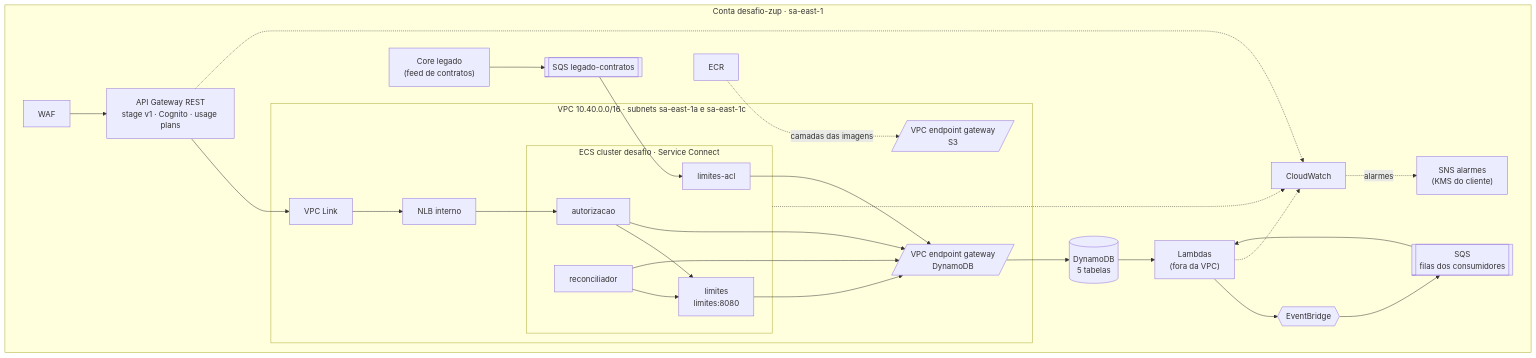
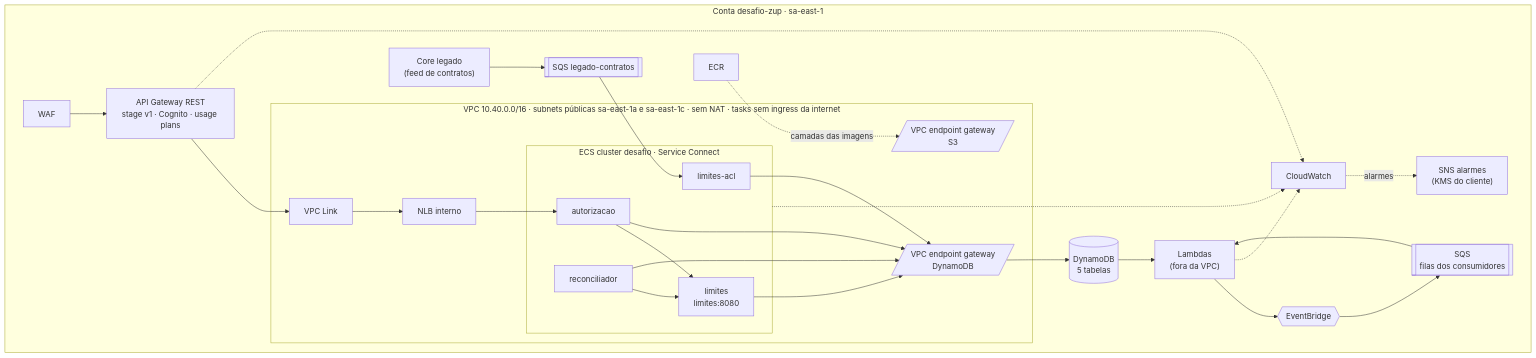
Before and after one commit to giovanedms/desafio-zup: the diagram in docs/arquitetura/diagramas/05-implantacao-aws.mmd, drawn with Mermaid. The commit also changed 25 other files, not shown here.

First line of the commit message:
Revisão final da banca: diagrama de sequência, inventário recontado e citações dentro do ZIP

```diff
--- a/docs/arquitetura/diagramas/05-implantacao-aws.mmd
+++ b/docs/arquitetura/diagramas/05-implantacao-aws.mmd
@@ -1,44 +1,44 @@
 flowchart TB
   subgraph ACC["Conta desafio-zup · sa-east-1"]
     WAF[WAF] --> GW["API Gateway REST<br/>stage v1 · Cognito · usage plans"]
-    subgraph VPC["VPC 10.40.0.0/16 · subnets sa-east-1a e sa-east-1c"]
+    subgraph VPC["VPC 10.40.0.0/16 · subnets públicas sa-east-1a e sa-east-1c · sem NAT · tasks sem ingress da internet"]
       VPCL[VPC Link] --> NLB[NLB interno]
       subgraph ECS["ECS cluster desafio · Service Connect"]
         AUT[autorizacao]
         LIMS["limites<br/>limites:8080"]
         ACL[limites-acl]
         REC[reconciliador]
       end
       EPD[/"VPC endpoint gateway<br/>DynamoDB"/]
       EPS[/"VPC endpoint gateway<br/>S3"/]
     end
     GW --> VPCL
     NLB --> AUT
     AUT --> LIMS
     REC --> LIMS
     DDB[("DynamoDB<br/>5 tabelas")]
     EB{{EventBridge}}
     SQS[["SQS<br/>filas dos consumidores"]]
     LEG[["SQS legado-contratos"]]
     CORE["Core legado<br/>(feed de contratos)"]
     SNS["SNS alarmes<br/>(KMS do cliente)"]
     LAM["Lambdas<br/>(fora da VPC)"]
     ECR[ECR]
     CW[CloudWatch]
     AUT --> EPD
     LIMS --> EPD
     ACL --> EPD
     REC --> EPD
     EPD --> DDB
     ECR -.->|camadas das imagens| EPS
     DDB --> LAM
     LAM --> EB
     EB --> SQS
     SQS --> LAM
     CORE --> LEG
     LEG --> ACL
     CW -. alarmes .-> SNS
     ECS -.-> CW
     LAM -.-> CW
     GW -.-> CW
   end
```
